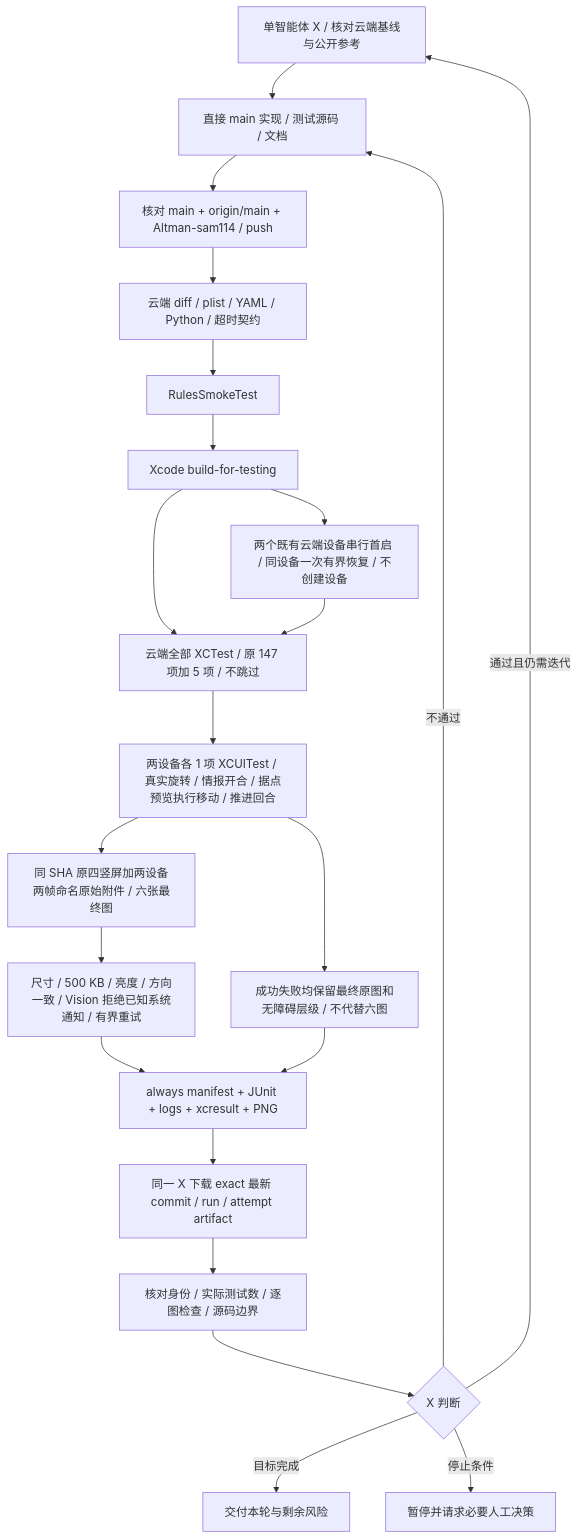
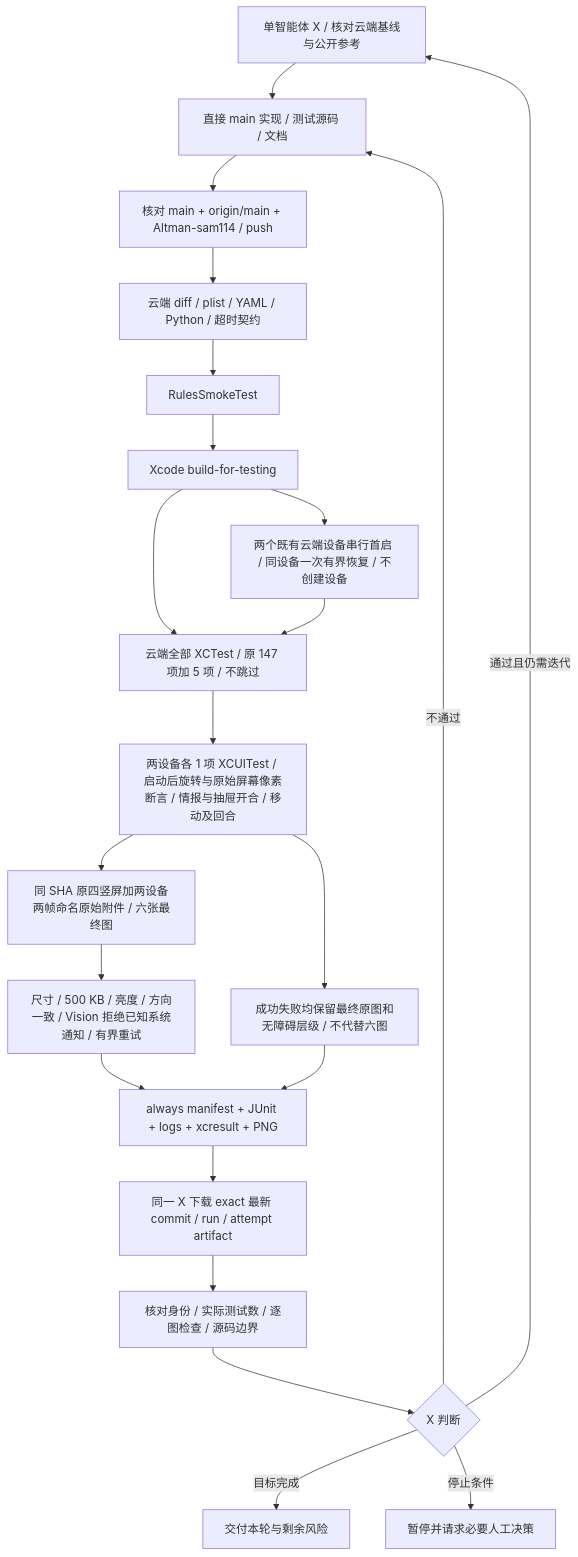
One commit to Altman-sam114/116 changed the third of 3 diagrams in md/flow/flowchart.md. Above: the diagram before and after it, drawn with Mermaid. The commit also changed other lines of this file and 33 other files, not shown here.

````diff
--- a/md/flow/flowchart.md
+++ b/md/flow/flowchart.md
@@ -64,24 +64,24 @@
 ```mermaid
 flowchart TD
     X[单智能体 X / 核对云端基线与公开参考] --> Implement[直接 main 实现 / 测试源码 / 文档]
     Implement --> Push[核对 main + origin/main + Altman-sam114 / push]
     Push --> Static[云端 diff / plist / YAML / Python / 超时契约]
     Static --> Smoke[RulesSmokeTest]
     Smoke --> Build[Xcode build-for-testing]
     Build --> XCTest[云端全部 XCTest / 原 147 项加 5 项 / 不跳过]
     Build --> Boot[两个既有云端设备串行首启 / 同设备一次有界恢复 / 不创建设备]
     Boot --> XCTest
-    XCTest --> UI[两设备各 1 项 XCUITest / 真实旋转 / 情报开合 / 据点预览执行移动 / 推进回合]
+    XCTest --> UI[两设备各 1 项 XCUITest / 启动后旋转与原始屏幕像素断言 / 情报与抽屉开合 / 移动及回合]
     UI --> Six[同 SHA 原四竖屏加两设备两帧命名原始附件 / 六张最终图]
     UI --> Diagnostics[成功失败均保留最终原图和无障碍层级 / 不代替六图]
     Six --> Gates[尺寸 / 500 KB / 亮度 / 方向一致 / Vision 拒绝已知系统通知 / 有界重试]
     Gates --> Package[always manifest + JUnit + logs + xcresult + PNG]
     Diagnostics --> Package
     Package --> Download[同一 X 下载 exact 最新 commit / run / attempt artifact]
     Download --> Review[核对身份 / 实际测试数 / 逐图检查 / 源码边界]
     Review --> Decision{X 判断}
     Decision -->|通过且仍需迭代| X
     Decision -->|不通过| Implement
     Decision -->|目标完成| Done[交付本轮与剩余风险]
     Decision -->|停止条件| Stop[暂停并请求必要人工决策]
 ```
````
